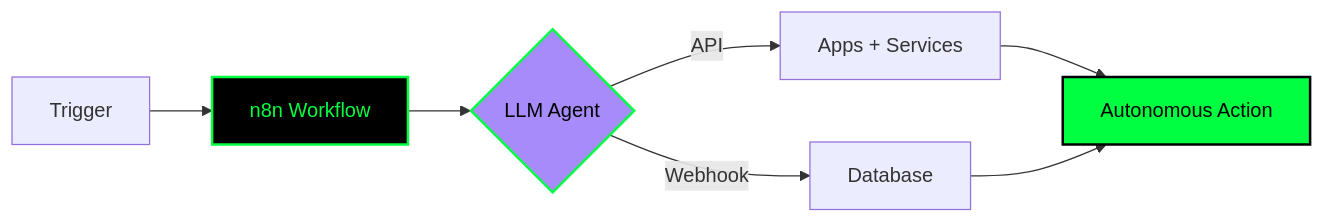
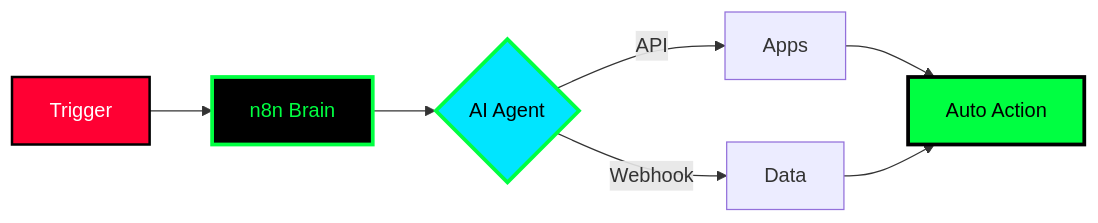
One commit to itsmeisraa/itsmeisraa changed the diagram in README.md. Above: the diagram before and after it, drawn with Mermaid. The commit also changed other lines of this file, not shown here.

````diff
--- a/README.md
+++ b/README.md
@@ -137,12 +131,13 @@
 ```mermaid
 flowchart LR
-    A[Trigger] --> B[n8n Workflow]
-    B --> C{LLM Agent}
-    C -->|API| D[Apps + Services]
-    C -->|Webhook| E[Database]
-    D --> F[Autonomous Action]
+    A[Trigger] --> B[n8n Brain]
+    B --> C{AI Agent}
+    C -->|API| D[Apps]
+    C -->|Webhook| E[Data]
+    D --> F[Auto Action]
     E --> F
-    style C fill:#A78BFA,stroke:#00ff41,stroke-width:2px,color:#000
-    style B fill:#000,stroke:#00ff41,stroke-width:2px,color:#00ff41
-    style F fill:#00ff41,stroke:#000,stroke-width:2px,color:#000
+    style C fill:#00E5FF,stroke:#00ff41,stroke-width:3px,color:#000
+    style B fill:#000,stroke:#00ff41,stroke-width:3px,color:#00ff41
+    style F fill:#00ff41,stroke:#000,stroke-width:3px,color:#000
+    style A fill:#FF0033,stroke:#000,stroke-width:2px,color:#fff
 ```
````
